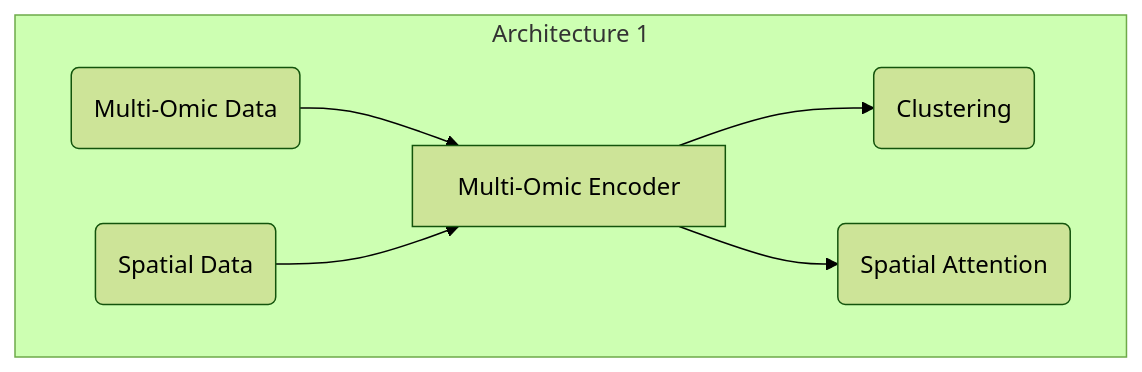
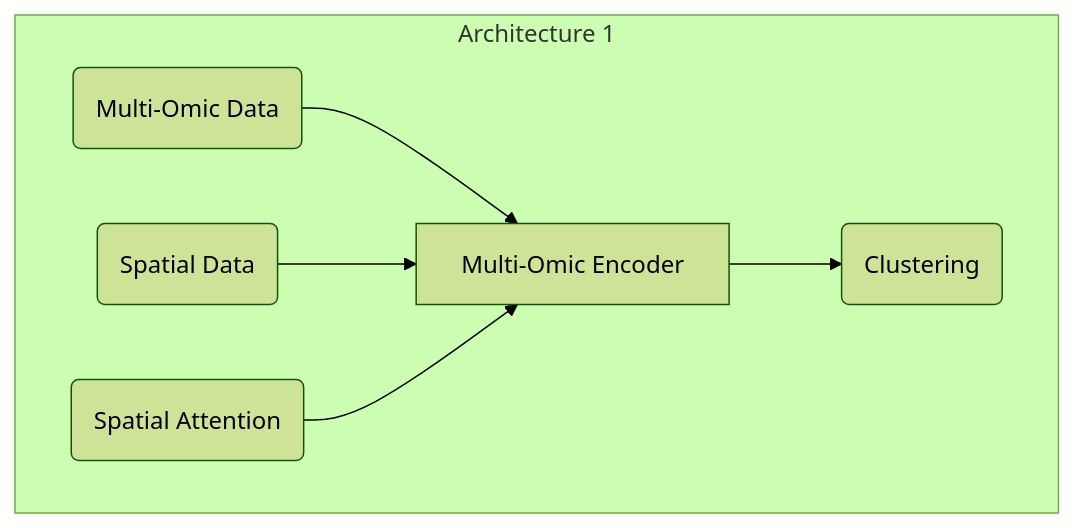
One commit to karanwxliaa/MultiOmics-Research changed the second of 10 diagrams in flowchart_maybe.md. Above: the diagram before and after it, drawn with Mermaid (forest theme). The commit also changed other lines of this file, not shown here.

Commit message:
updatee arch1

````diff
--- a/flowchart_maybe.md
+++ b/flowchart_maybe.md
@@ -11,15 +11,15 @@
 ```mermaid
 graph TD
 subgraph Architecture 1
     A(Multi-Omic Data)
     B(Spatial Data)
     C(Multi-Omic Autoencoder)
     D(Spatial Attention)
     E(Clustering)
     
     A --> C[Multi-Omic Encoder]
     B --> C
     C --> E
-    C --> D
+    D --> C
     end
 ```
````
